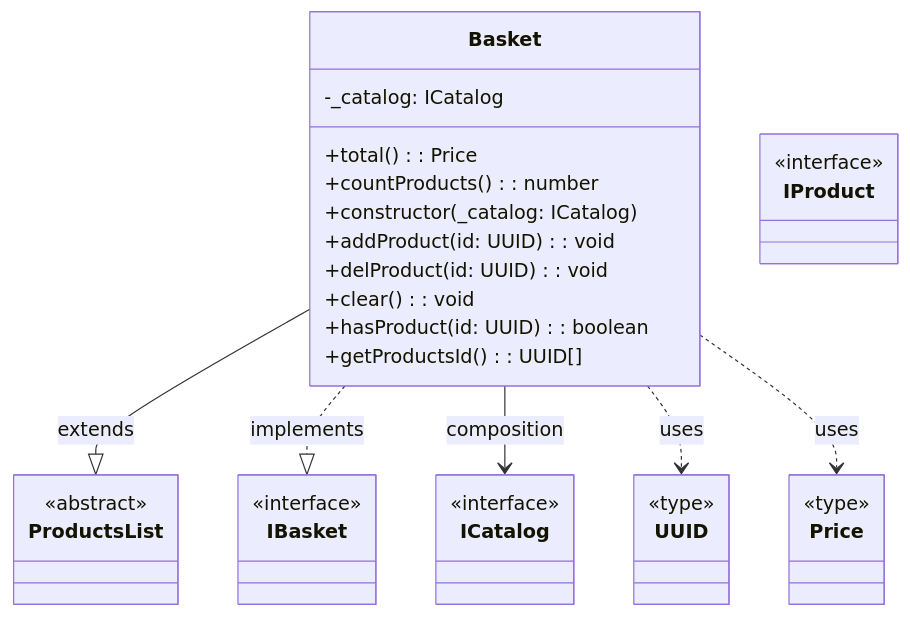
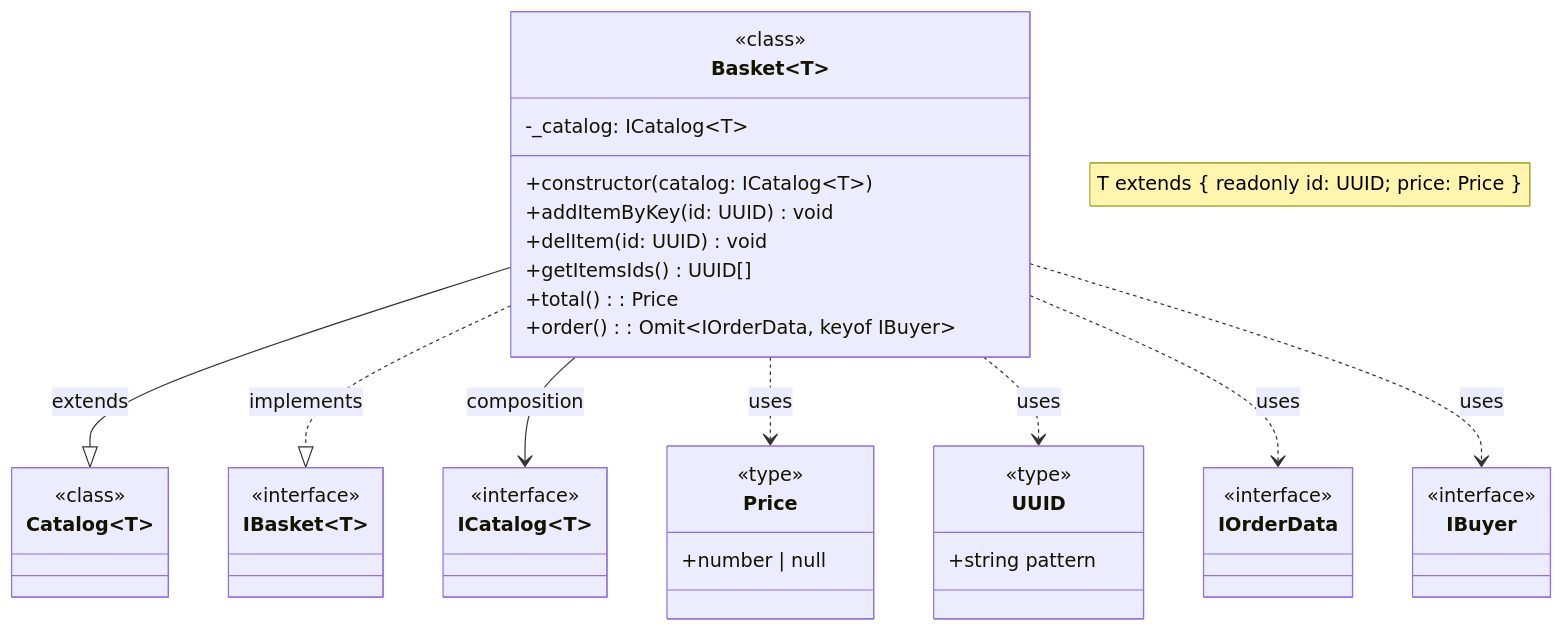
Before and after one commit to vvk2020/weblarek: diagram 12 of 15 in README.md, drawn with Mermaid. The commit also changed other lines of this file and 5 other files, not shown here.

````diff
--- a/README.md
+++ b/README.md
@@ -914,44 +739,53 @@
 ```mermaid
 classDiagram
-    class Basket {
-        -_catalog: ICatalog
+    class Basket~T~ {
+        <<class>>
+        -_catalog: ICatalog~T~
+        +constructor(catalog: ICatalog~T~)
+        +addItemByKey(id: UUID) void
+        +delItem(id: UUID) void
+        +getItemsIds() UUID[]
         +total(): Price
-        +countProducts(): number
-        +constructor(_catalog: ICatalog)
-        +addProduct(id: UUID): void
-        +delProduct(id: UUID): void
-        +clear(): void
-        +hasProduct(id: UUID): boolean
-        +getProductsId(): UUID[]
+        +order(): Omit~IOrderData, keyof IBuyer~
     }
 
-    class ProductsList {
-        <<abstract>>
+    class Catalog~T~ {
+        <<class>>
     }
 
-    class IBasket {
+    class IBasket~T~ {
         <<interface>>
     }
 
-    class ICatalog {
+    class ICatalog~T~ {
         <<interface>>
     }
 
-    class IProduct {
-        <<interface>>
+    class Price {
+        <<type>>
+        +number | null
     }
 
     class UUID {
         <<type>>
+        +string pattern
     }
 
-    class Price {
-        <<type>>
+    class IOrderData {
+        <<interface>>
     }
 
-    Basket --|> ProductsList : extends
+    class IBuyer {
+        <<interface>>
+    }
+
+    note for Basket~T~ "T extends { readonly id: UUID; price: Price }"
+
+    Basket --|> Catalog : extends
     Basket ..|> IBasket : implements
     Basket --> ICatalog : composition
+    Basket ..> Price : uses
     Basket ..> UUID : uses
-    Basket ..> Price : uses
+    Basket ..> IOrderData : uses
+    Basket ..> IBuyer : uses
 ```
````
